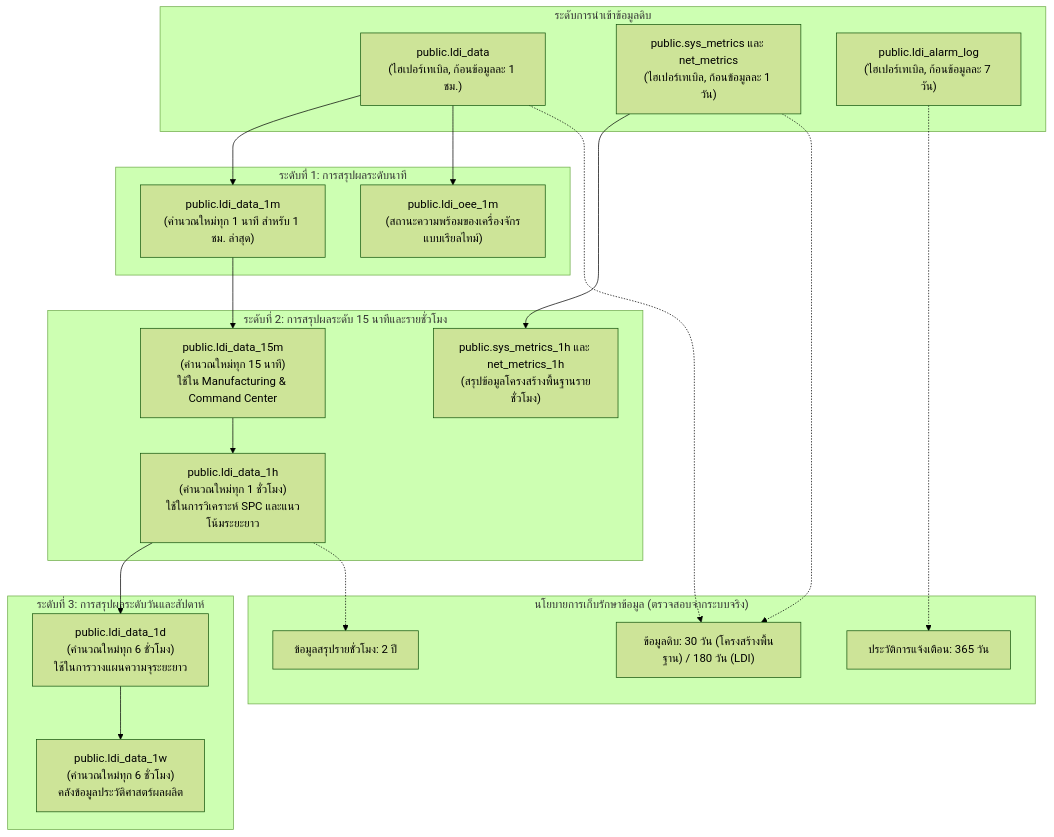
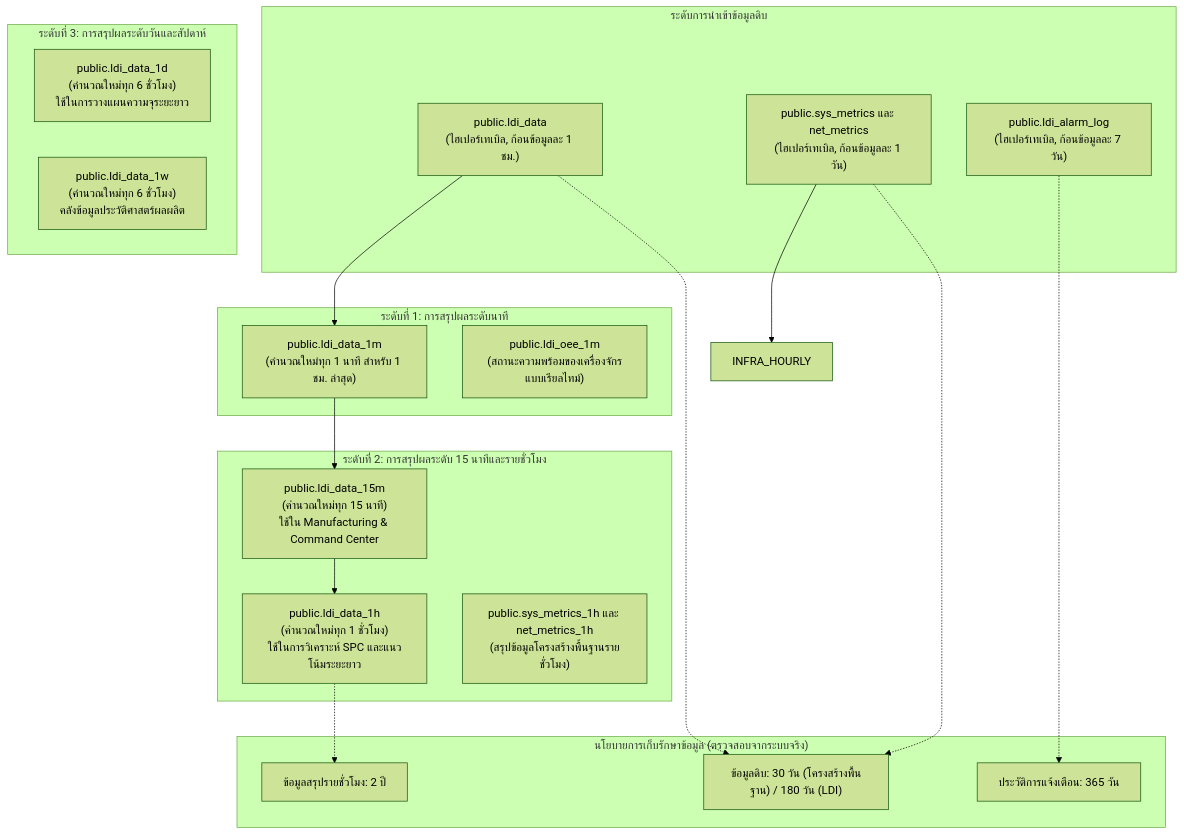
One commit to PATTANAKORN025/IMS changed the seventh of 8 diagrams in th/docs/architecture/ARCHITECTURE_DIAGRAM.md. Above: the diagram before and after it, drawn with Mermaid (forest theme). The commit also changed other lines of this file and 32 other files, not shown here.

First line of the commit message:
docs: align core documentation with live architecture, v2 schema and 22 dashboards

````diff
--- a/th/docs/architecture/ARCHITECTURE_DIAGRAM.md
+++ b/th/docs/architecture/ARCHITECTURE_DIAGRAM.md
@@ -312,39 +312,38 @@
 ```mermaid
 flowchart TD
   subgraph Ingestion ["ระดับการนำเข้าข้อมูลดิบ"]
     RAW_LDI["public.ldi_data\n(ไฮเปอร์เทเบิล, ก้อนข้อมูลละ 1 ชม.)"]
     RAW_INFRA["public.sys_metrics และ net_metrics\n(ไฮเปอร์เทเบิล, ก้อนข้อมูลละ 1 วัน)"]
     RAW_ALARM["public.ldi_alarm_log\n(ไฮเปอร์เทเบิล, ก้อนข้อมูลละ 7 วัน)"]
   end
 
   subgraph CAGG_Tier1 ["ระดับที่ 1: การสรุปผลระดับนาที"]
     CAGG_1M["public.ldi_data_1m\n(คำนวณใหม่ทุก 1 นาที สำหรับ 1 ชม. ล่าสุด)"]
     CAGG_OEE_1M["public.ldi_oee_1m\n(สถานะความพร้อมของเครื่องจักรแบบเรียลไทม์)"]
   end
 
   subgraph CAGG_Tier2 ["ระดับที่ 2: การสรุปผลระดับ 15 นาทีและรายชั่วโมง"]
     CAGG_15M["public.ldi_data_15m\n(คำนวณใหม่ทุก 15 นาที)\nใช้ใน Manufacturing & Command Center"]
     CAGG_1H["public.ldi_data_1h\n(คำนวณใหม่ทุก 1 ชั่วโมง)\nใช้ในการวิเคราะห์ SPC และแนวโน้มระยะยาว"]
     INFRA_1H["public.sys_metrics_1h และ net_metrics_1h\n(สรุปข้อมูลโครงสร้างพื้นฐานรายชั่วโมง)"]
   end
 
   subgraph CAGG_Tier3 ["ระดับที่ 3: การสรุปผลระดับวันและสัปดาห์"]
     CAGG_1D["public.ldi_data_1d\n(คำนวณใหม่ทุก 6 ชั่วโมง)\nใช้ในการวางแผนความจุระยะยาว"]
     CAGG_1W["public.ldi_data_1w\n(คำนวณใหม่ทุก 6 ชั่วโมง)\nคลังข้อมูลประวัติศาสตร์ผลผลิต"]
   end
 
   subgraph Retention ["นโยบายการเก็บรักษาข้อมูล (ตรวจสอบจากระบบจริง)"]
     RET_RAW["ข้อมูลดิบ: 30 วัน (โครงสร้างพื้นฐาน) / 180 วัน (LDI)"]
     RET_HOURLY["ข้อมูลสรุปรายชั่วโมง: 2 ปี"]
     RET_ALARM["ประวัติการแจ้งเตือน: 365 วัน"]
   end
 
-  RAW_LDI --> CAGG_1M --> CAGG_15M --> CAGG_1H --> CAGG_1D --> CAGG_1W
-  RAW_LDI --> CAGG_OEE_1M
-  RAW_INFRA --> INFRA_1H
+  RAW_LDI --> CAGG_1M --> CAGG_15M --> CAGG_1H
+  RAW_INFRA --> INFRA_HOURLY
 
   RAW_LDI -.-> RET_RAW
   RAW_INFRA -.-> RET_RAW
   RAW_ALARM -.-> RET_ALARM
   CAGG_1H -.-> RET_HOURLY
 ```
````
